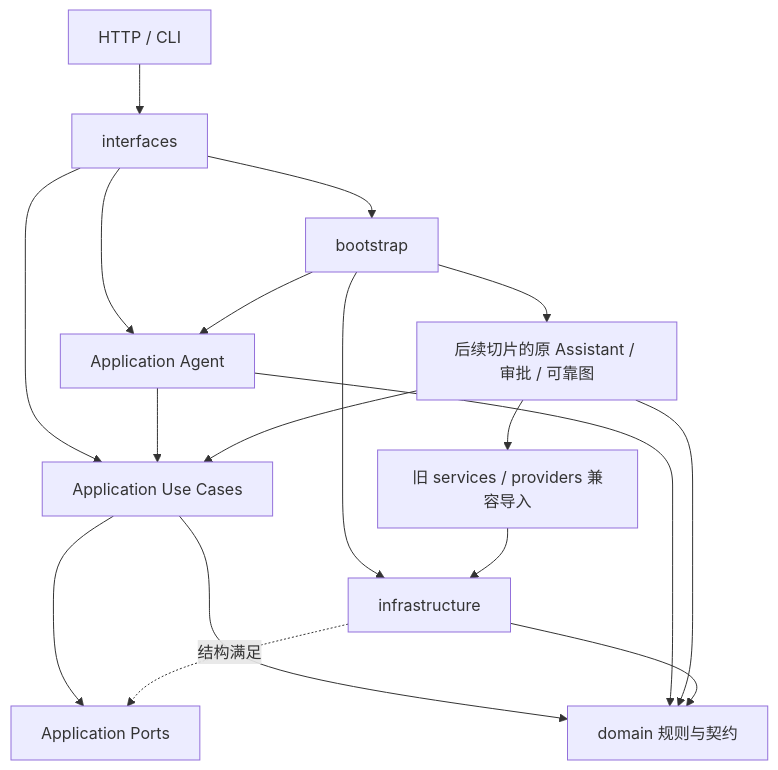
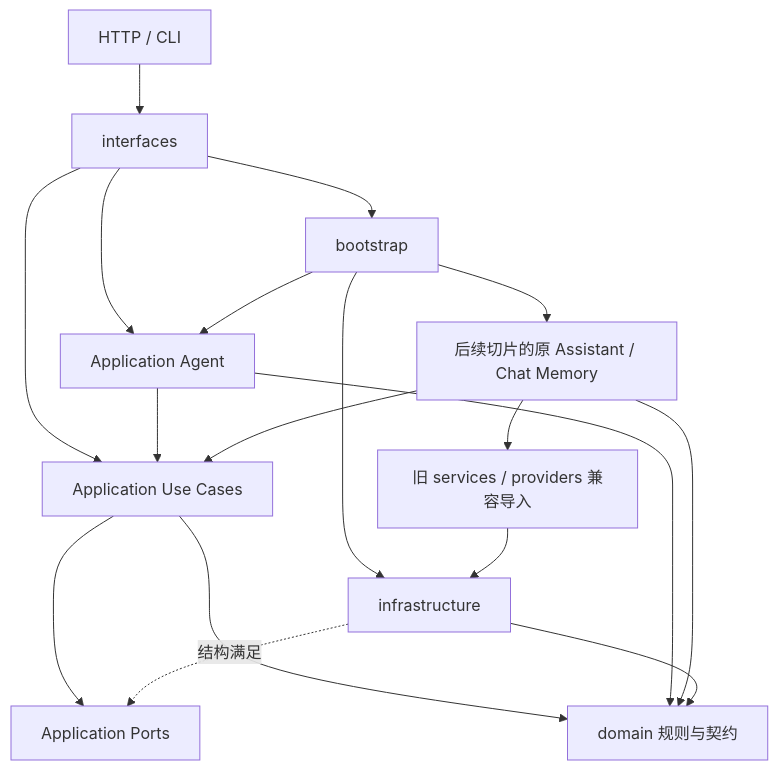
The diagram in docs/architecture.md (re-tourist/Personal-Productivity-Agent), drawn with Mermaid before and after one commit. The commit also changed other lines of this file and 5 other files, not shown here.

````diff
--- a/docs/architecture.md
+++ b/docs/architecture.md
@@ -70,20 +73,20 @@
 ```mermaid
 flowchart TD
     Client[HTTP / CLI] --> Interfaces[interfaces]
     Interfaces --> Bootstrap[bootstrap]
     Interfaces --> UseCases[Application Use Cases]
     Interfaces --> Agent[Application Agent]
     Bootstrap --> Agent
     Bootstrap --> Infra[infrastructure]
     Agent --> UseCases
     UseCases --> Ports[Application Ports]
     UseCases --> Domain[domain 规则与契约]
     Infra -. 结构满足 .-> Ports
     Agent --> Domain
-    Bootstrap --> Existing[后续切片的原 Assistant / 审批 / 可靠图]
+    Bootstrap --> Existing[后续切片的原 Assistant / Chat Memory]
     Existing --> UseCases
     Existing --> Compat[旧 services / providers 兼容导入]
     Compat --> Infra
     Existing --> Domain
     Infra --> Domain
 ```
````
